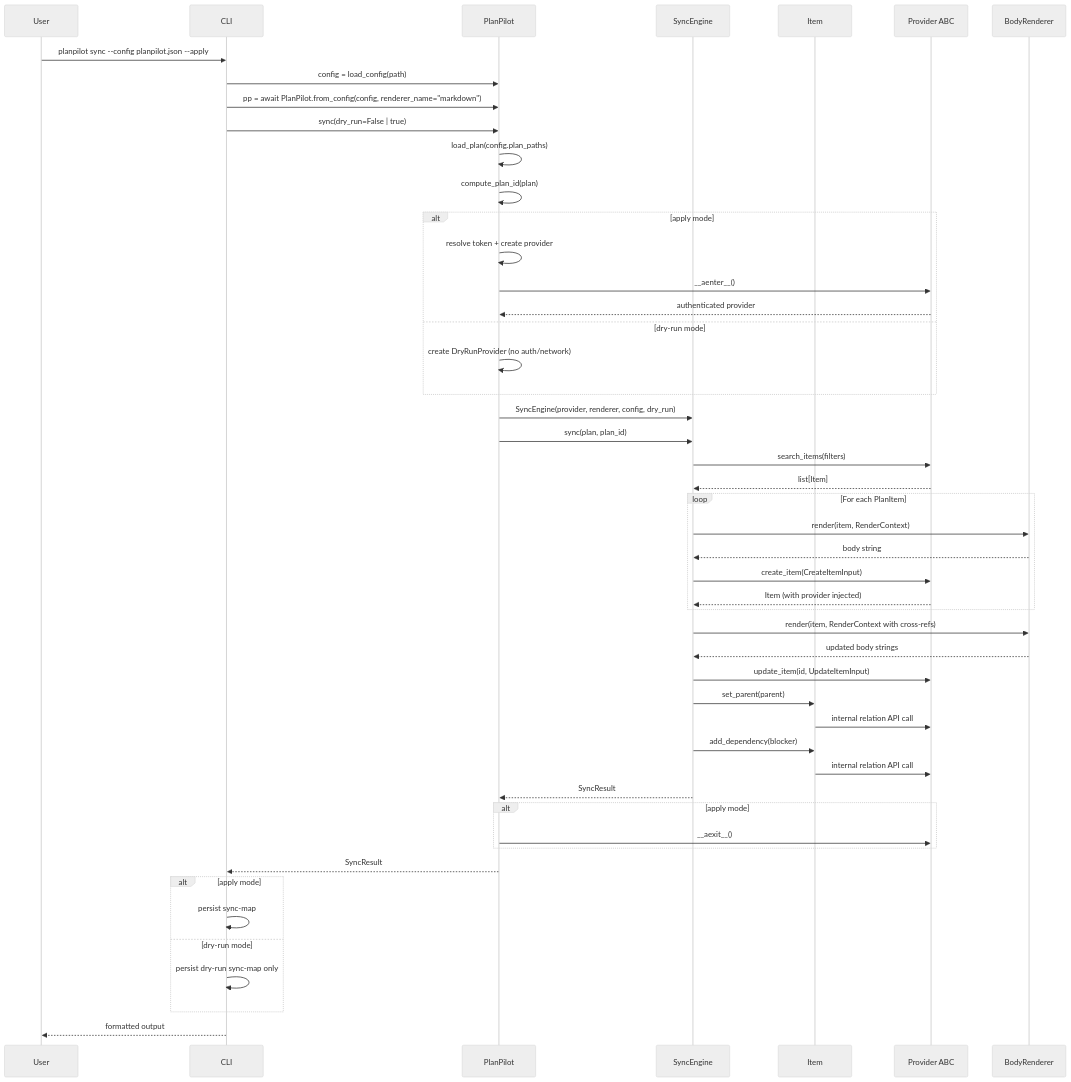
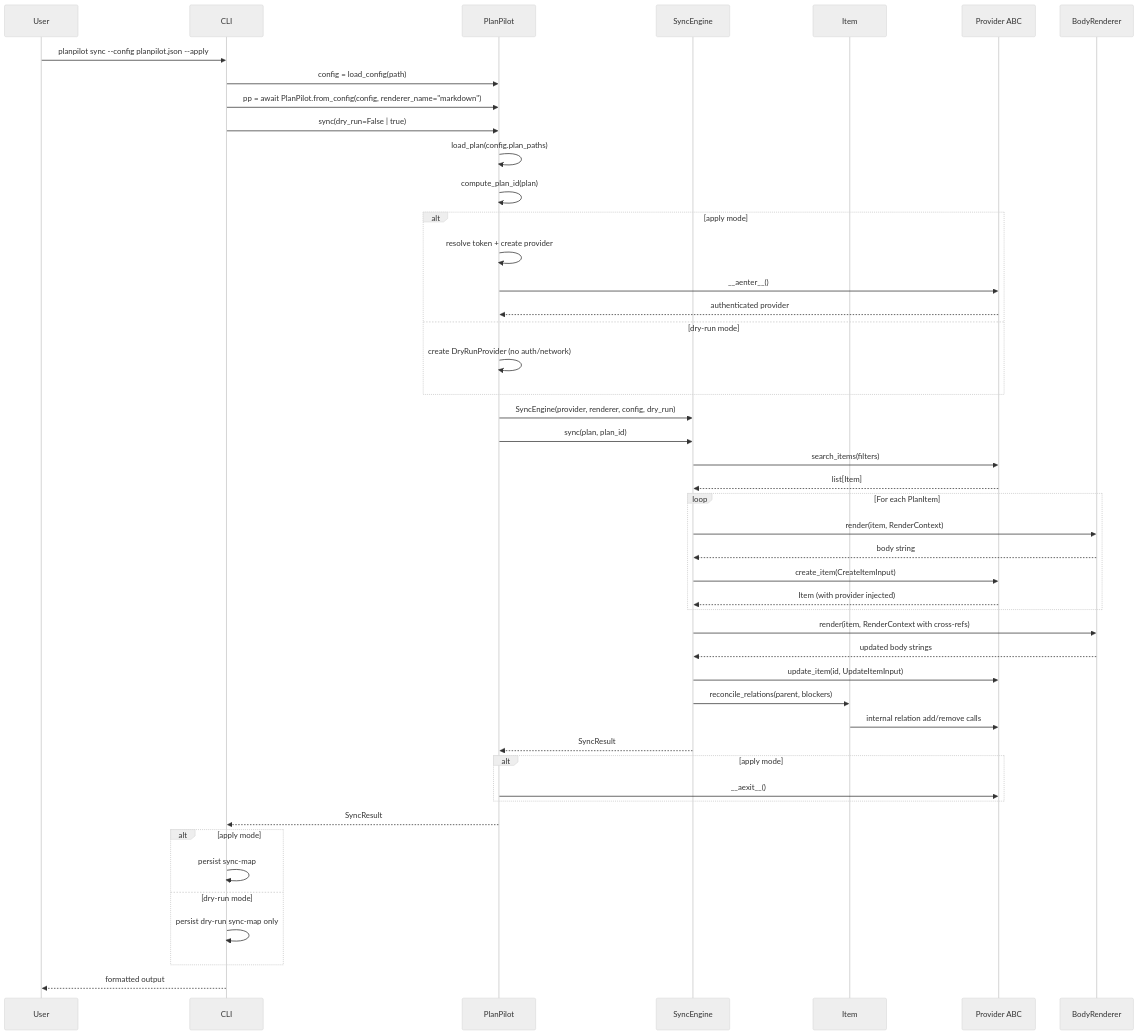
One commit to aryeko/planpilot changed the third of 3 diagrams in docs/design/architecture.md. Above: the diagram before and after it, drawn with Mermaid (neutral theme). The commit also changed other lines of this file and 20 other files, not shown here.

Commit message:
docs: refresh architecture references and add operator guides

````diff
--- a/docs/design/architecture.md
+++ b/docs/design/architecture.md
@@ -218,57 +217,55 @@
 ```mermaid
 sequenceDiagram
     participant User
     participant CLI
     participant SDK as PlanPilot
     participant Engine as SyncEngine
     participant Item as Item
     participant Provider as Provider ABC
     participant Renderer as BodyRenderer
 
     User->>CLI: planpilot sync --config planpilot.json --apply
     CLI->>SDK: config = load_config(path)
     CLI->>SDK: pp = await PlanPilot.from_config(config, renderer_name="markdown")
     CLI->>SDK: sync(dry_run=False | true)
     SDK->>SDK: load_plan(config.plan_paths)
     SDK->>SDK: compute_plan_id(plan)
     alt apply mode
         SDK->>SDK: resolve token + create provider
         SDK->>Provider: __aenter__()
         Provider-->>SDK: authenticated provider
     else dry-run mode
         SDK->>SDK: create DryRunProvider (no auth/network)
     end
     SDK->>Engine: SyncEngine(provider, renderer, config, dry_run)
     SDK->>Engine: sync(plan, plan_id)
 
     Engine->>Provider: search_items(filters)
     Provider-->>Engine: list[Item]
 
     loop For each PlanItem
         Engine->>Renderer: render(item, RenderContext)
         Renderer-->>Engine: body string
         Engine->>Provider: create_item(CreateItemInput)
         Provider-->>Engine: Item (with provider injected)
     end
 
     Engine->>Renderer: render(item, RenderContext with cross-refs)
     Renderer-->>Engine: updated body strings
     Engine->>Provider: update_item(id, UpdateItemInput)
 
-    Engine->>Item: set_parent(parent)
-    Item->>Provider: internal relation API call
-    Engine->>Item: add_dependency(blocker)
-    Item->>Provider: internal relation API call
+    Engine->>Item: reconcile_relations(parent, blockers)
+    Item->>Provider: internal relation add/remove calls
 
     Engine-->>SDK: SyncResult
     alt apply mode
         SDK->>Provider: __aexit__()
     end
     SDK-->>CLI: SyncResult
     alt apply mode
         CLI->>CLI: persist sync-map
     else dry-run mode
         CLI->>CLI: persist dry-run sync-map only
     end
     CLI-->>User: formatted output
 ```
````
